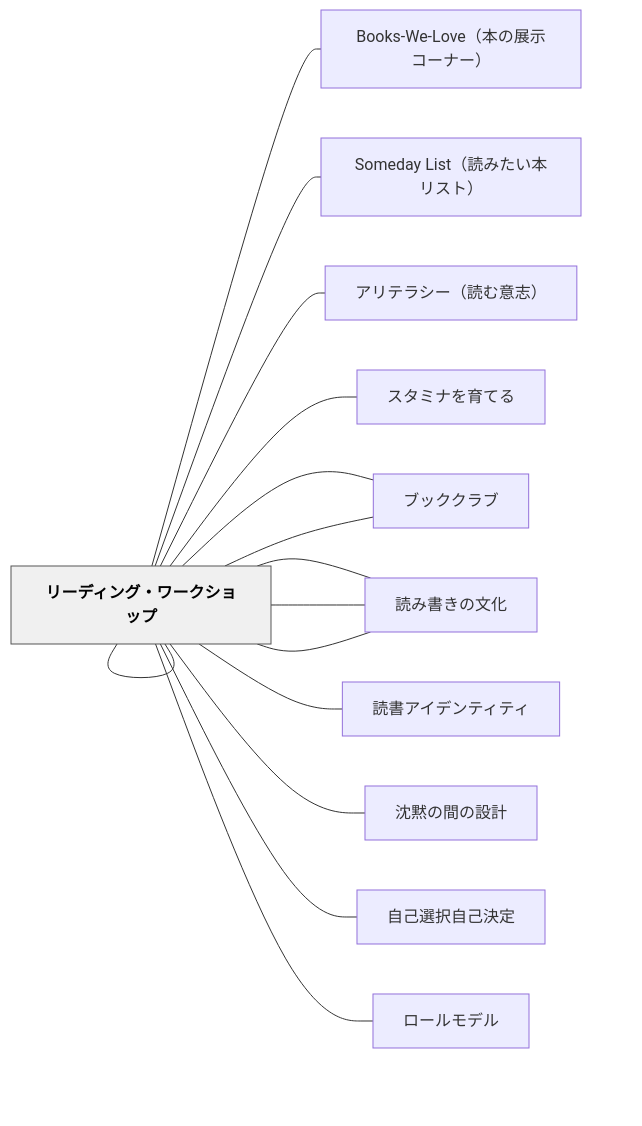
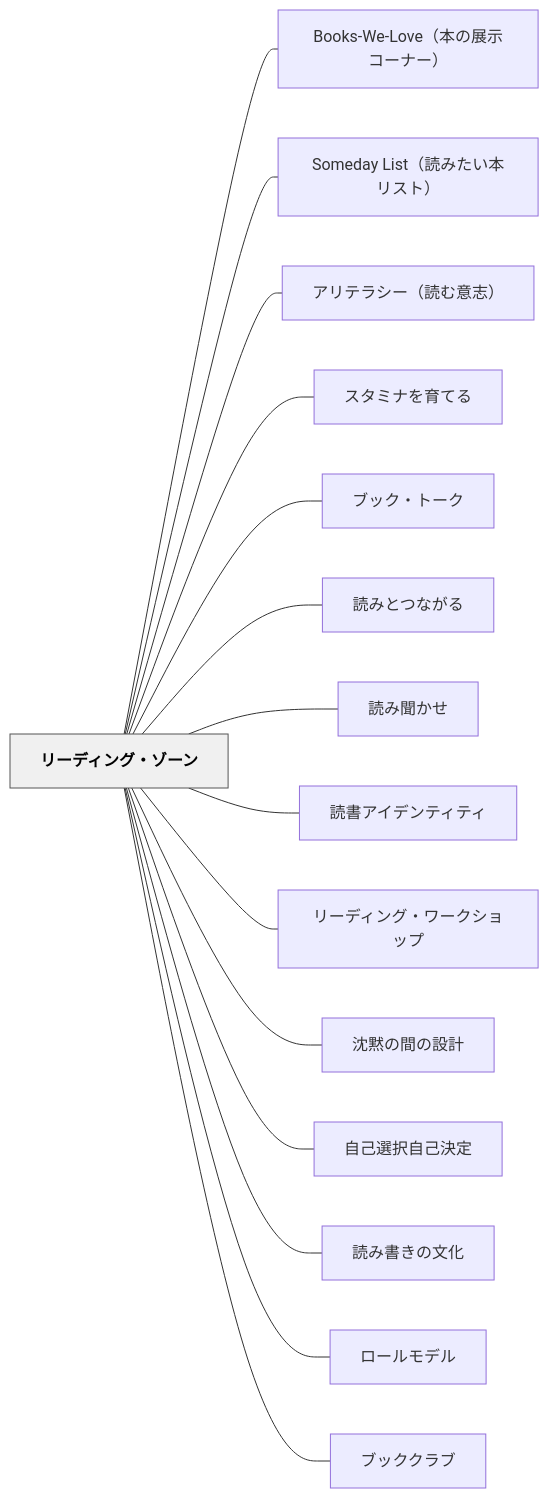
One commit to unknownthings-ed-patterns/unknownthings-ed-patterns changed the diagram in content/パタン/リーディング・ゾーン.md. Above: the diagram before and after it, drawn with Mermaid. The commit also changed 527 other files, not shown here.

````diff
--- a/content/パタン/リーディング・ゾーン.md
+++ b/content/パタン/リーディング・ゾーン.md
@@ -170,36 +170,36 @@
 ```mermaid
 flowchart LR
-    ne383aae383bc["リーディング・ゾーン"]
-    n426f6f6b732d["Books-We-Love（本の展示コーナー）"]
-    n536f6d656461["Someday List（読みたい本リスト）"]
-    ne382a2e383aa["アリテラシー（読む意志）"]
-    ne382b9e382bf["スタミナを育てる"]
-    ne38396e38383["ブック・トーク"]
-    ne8aaade381bf["読みとつながる"]
-    ne8aaade381bf["読み聞かせ"]
-    ne8aaade69bb8["読書アイデンティティ"]
-    ne383aae383bc["リーディング・ワークショップ"]
-    ne6b288e9bb99["沈黙の間の設計"]
-    ne887aae5b7b1["自己選択自己決定"]
-    ne8aaade381bf["読み書きの文化"]
-    ne383ade383bc["ロールモデル"]
-    ne38396e38383["ブッククラブ"]
+    ne383aae383bce38387e382a3e383b3e382b0e383bbe382bee383bce383b3["リーディング・ゾーン"]
+    n426f6f6b732d57652d4c6f7665efbc88e69cace381aee5b195e7a4bae382b3e383bce3838ae383bcefbc89["Books-We-Love（本の展示コーナー）"]
+    n536f6d65646179204c697374efbc88e8aaade381bfe3819fe38184e69cace383aae382b9e38388efbc89["Someday List（読みたい本リスト）"]
+    ne382a2e383aae38386e383a9e382b7e383bcefbc88e8aaade38280e6848fe5bf97efbc89["アリテラシー（読む意志）"]
+    ne382b9e382bfe3839fe3838ae38292e882b2e381a6e3828b["スタミナを育てる"]
+    ne38396e38383e382afe383bbe38388e383bce382af["ブック・トーク"]
+    ne8aaade381bfe381a8e381a4e381aae3818ce3828b["読みとつながる"]
+    ne8aaade381bfe8819ee3818be3819b["読み聞かせ"]
+    ne8aaade69bb8e382a2e382a4e38387e383b3e38386e382a3e38386e382a3["読書アイデンティティ"]
+    ne383aae383bce38387e382a3e383b3e382b0e383bbe383afe383bce382afe382b7e383a7e38383e38397["リーディング・ワークショップ"]
+    ne6b288e9bb99e381aee99693e381aee8a8ade8a888["沈黙の間の設計"]
+    ne887aae5b7b1e981b8e68a9ee887aae5b7b1e6b1bae5ae9a["自己選択自己決定"]
+    ne8aaade381bfe69bb8e3818de381aee69687e58c96["読み書きの文化"]
+    ne383ade383bce383abe383a2e38387e383ab["ロールモデル"]
+    ne38396e38383e382afe382afe383a9e38396["ブッククラブ"]
 
-    ne383aae383bc --- n426f6f6b732d
-    ne383aae383bc --- n536f6d656461
-    ne383aae383bc --- ne382a2e383aa
-    ne383aae383bc --- ne382b9e382bf
-    ne383aae383bc --- ne38396e38383
-    ne383aae383bc --- ne8aaade381bf
-    ne383aae383bc --- ne8aaade381bf
-    ne383aae383bc --- ne8aaade69bb8
-    ne383aae383bc --- ne383aae383bc
-    ne383aae383bc --- ne6b288e9bb99
-    ne383aae383bc --- ne887aae5b7b1
-    ne383aae383bc --- ne8aaade381bf
-    ne383aae383bc --- ne383ade383bc
-    ne383aae383bc --- ne38396e38383
+    ne383aae383bce38387e382a3e383b3e382b0e383bbe382bee383bce383b3 --- n426f6f6b732d57652d4c6f7665efbc88e69cace381aee5b195e7a4bae382b3e383bce3838ae383bcefbc89
+    ne383aae383bce38387e382a3e383b3e382b0e383bbe382bee383bce383b3 --- n536f6d65646179204c697374efbc88e8aaade381bfe3819fe38184e69cace383aae382b9e38388efbc89
+    ne383aae383bce38387e382a3e383b3e382b0e383bbe382bee383bce383b3 --- ne382a2e383aae38386e383a9e382b7e383bcefbc88e8aaade38280e6848fe5bf97efbc89
+    ne383aae383bce38387e382a3e383b3e382b0e383bbe382bee383bce383b3 --- ne382b9e382bfe3839fe3838ae38292e882b2e381a6e3828b
+    ne383aae383bce38387e382a3e383b3e382b0e383bbe382bee383bce383b3 --- ne38396e38383e382afe383bbe38388e383bce382af
+    ne383aae383bce38387e382a3e383b3e382b0e383bbe382bee383bce383b3 --- ne8aaade381bfe381a8e381a4e381aae3818ce3828b
+    ne383aae383bce38387e382a3e383b3e382b0e383bbe382bee383bce383b3 --- ne8aaade381bfe8819ee3818be3819b
+    ne383aae383bce38387e382a3e383b3e382b0e383bbe382bee383bce383b3 --- ne8aaade69bb8e382a2e382a4e38387e383b3e38386e382a3e38386e382a3
+    ne383aae383bce38387e382a3e383b3e382b0e383bbe382bee383bce383b3 --- ne383aae383bce38387e382a3e383b3e382b0e383bbe383afe383bce382afe382b7e383a7e38383e38397
+    ne383aae383bce38387e382a3e383b3e382b0e383bbe382bee383bce383b3 --- ne6b288e9bb99e381aee99693e381aee8a8ade8a888
+    ne383aae383bce38387e382a3e383b3e382b0e383bbe382bee383bce383b3 --- ne887aae5b7b1e981b8e68a9ee887aae5b7b1e6b1bae5ae9a
+    ne383aae383bce38387e382a3e383b3e382b0e383bbe382bee383bce383b3 --- ne8aaade381bfe69bb8e3818de381aee69687e58c96
+    ne383aae383bce38387e382a3e383b3e382b0e383bbe382bee383bce383b3 --- ne383ade383bce383abe383a2e38387e383ab
+    ne383aae383bce38387e382a3e383b3e382b0e383bbe382bee383bce383b3 --- ne38396e38383e382afe382afe383a9e38396
 
     classDef hub fill:#f0f0f0,stroke:#555,color:#000,font-weight:bold
-    class ne383aae383bc hub
+    class ne383aae383bce38387e382a3e383b3e382b0e383bbe382bee383bce383b3 hub
 ```
````
